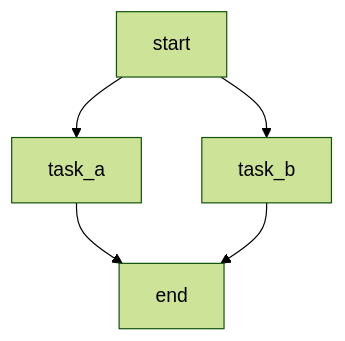
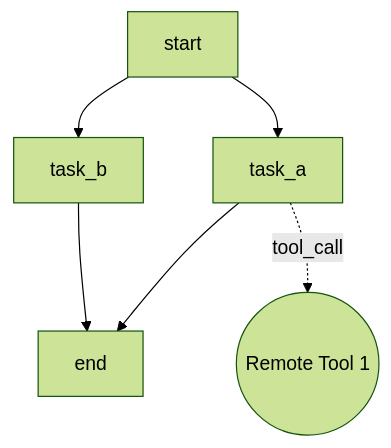
One commit to mashiike/estellm changed the diagram in testdata/fixtures/structure/simple.golden.md. Above: the diagram before and after it, drawn with Mermaid (forest theme). The commit also changed other lines of this file and 5 other files, not shown here.

Commit message:
remote tool implement

````diff
--- a/testdata/fixtures/structure/simple.golden.md
+++ b/testdata/fixtures/structure/simple.golden.md
@@ -1,11 +1,13 @@
 ```mermaid
 flowchart TD
     A0[end]
     A1[start]
     A2[task_a]
     A3[task_b]
+    B0((Remote Tool 1))
     A1 --> A2
     A1 --> A3
     A2 --> A0
+    A2 -.->|tool_call| B0
     A3 --> A0
 ```
````
